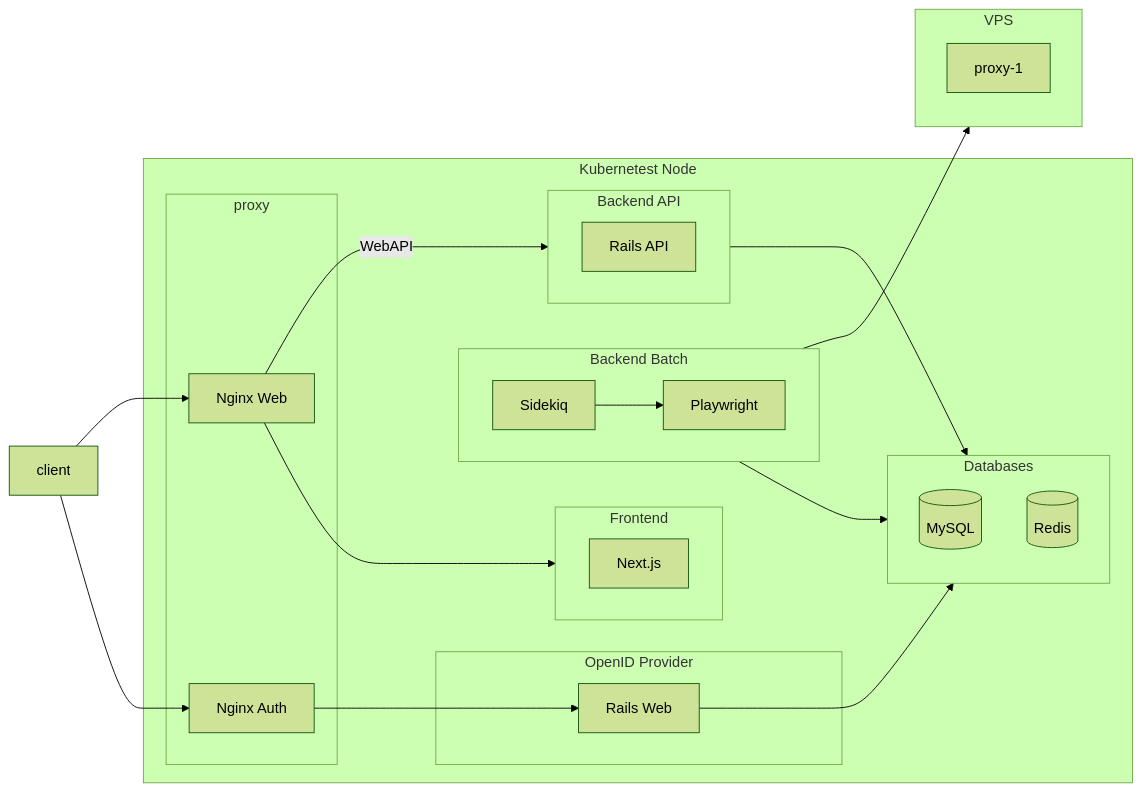
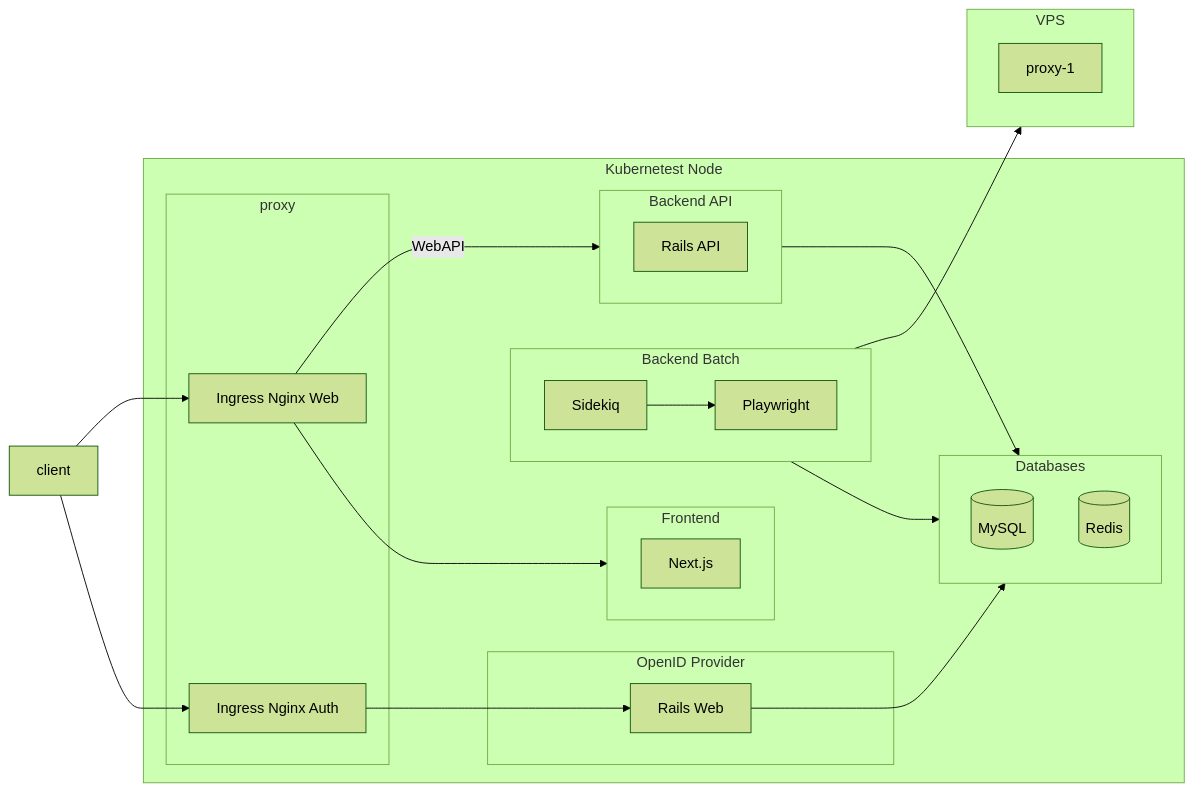
Before and after one commit to kuroweb/price-monitoring: the second of 12 diagrams in README.md, drawn with Mermaid (forest theme).

````diff
--- a/README.md
+++ b/README.md
@@ -87,49 +87,49 @@
   ```mermaid
   flowchart LR
   subgraph Kubernetest Node
     subgraph proxy
-      nginx_web[Nginx Web]
-      nginx_auth[Nginx Auth]
+      nginx_web[Ingress Nginx Web]
+      nginx_auth[Ingress Nginx Auth]
     end
 
     subgraph Frontend
       direction LR
 
       Next.js
     end
 
     subgraph Backend API
       direction LR
 
       rails[Rails API]
     end
 
     subgraph Backend Batch
       direction LR
 
       sidekiq[Sidekiq]
       playwright[Playwright]
     end
 
     subgraph OpenID Provider
       rails_auth[Rails Web]
     end
 
     subgraph Databases
       mysql[(MySQL)]
       redis[(Redis)]
     end
   end
 
   subgraph VPS
     proxy-1
   end
 
   client-->nginx_web-->Next.js
   client-->nginx_auth-->rails_auth
   nginx_web--WebAPI-->rails
   sidekiq-->playwright-->VPS
   rails-->Databases
   rails_auth-->Databases
   sidekiq-->Databases
   ```
````
